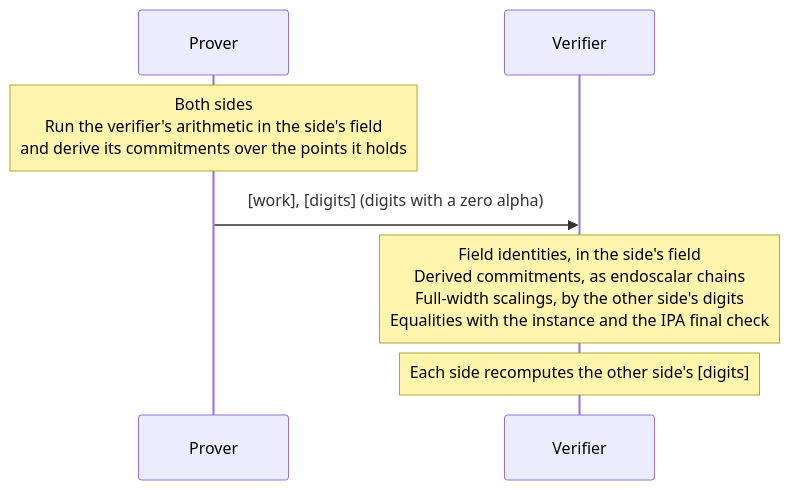
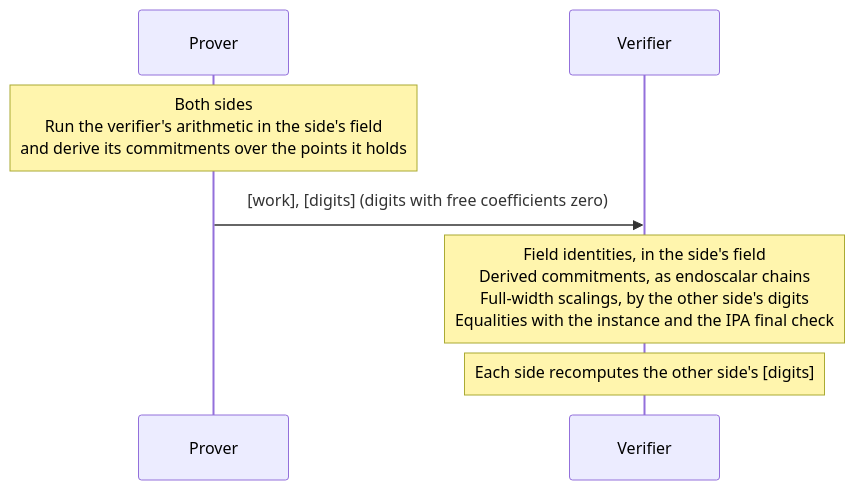
Before and after one commit to tachyon-zcash/ragu: the fourth of 5 diagrams in book/src/protocol/recursion/decompression.md, drawn with Mermaid. The commit also changed other lines of this file and 1 other file, not shown here.

````diff
--- a/book/src/protocol/recursion/decompression.md
+++ b/book/src/protocol/recursion/decompression.md
@@ -118,9 +173,9 @@
 ```mermaid
 sequenceDiagram
     participant P as Prover
     participant V as Verifier
     Note over P: Both sides<br/>Run the verifier's arithmetic in the side's field<br/>and derive its commitments over the points it holds
-    P->>V: [work], [digits] (digits with a zero alpha)
+    P->>V: [work], [digits] (digits with free coefficients zero)
     Note over V: Field identities, in the side's field<br/>Derived commitments, as endoscalar chains<br/>Full-width scalings, by the other side's digits<br/>Equalities with the instance and the IPA final check
     Note over V: Each side recomputes the other side's [digits]
 ```
````
